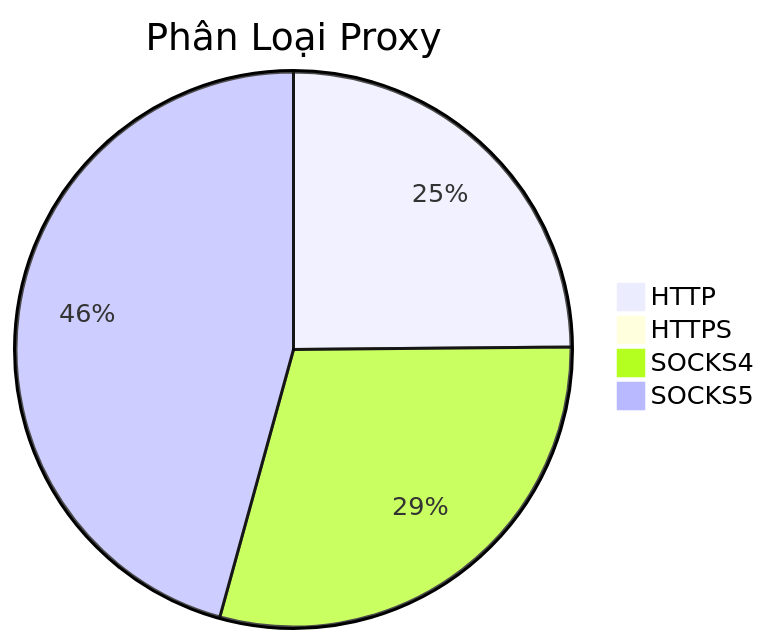
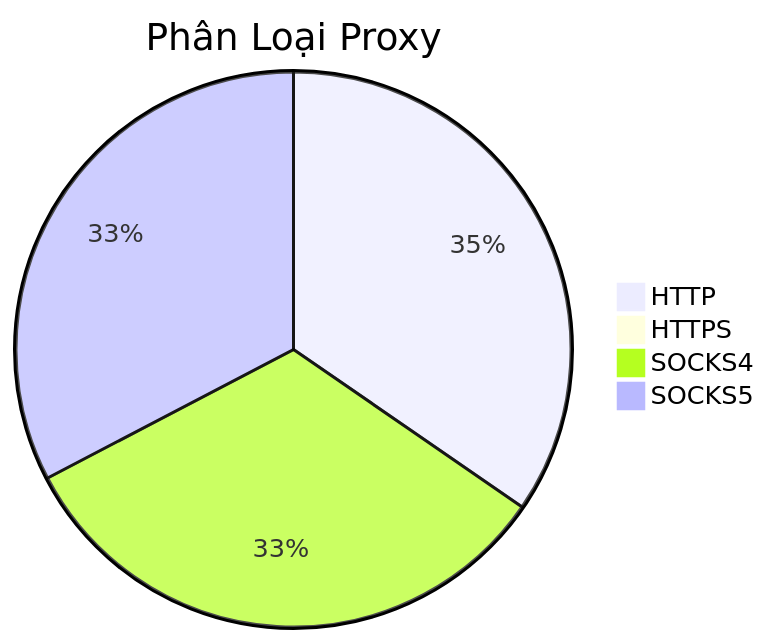
One commit to Ciara-12/PROXY-free changed the diagram in README.md. Above: the diagram before and after it, drawn with Mermaid. The commit also changed other lines of this file and 3 other files, not shown here.

````diff
--- a/README.md
+++ b/README.md
@@ -26,7 +26,7 @@
 ```mermaid
 pie title Phân Loại Proxy
-    "HTTP" : 398
+    "HTTP" : 483
     "HTTPS" : 0
-    "SOCKS4" : 471
-    "SOCKS5" : 732
+    "SOCKS4" : 457
+    "SOCKS5" : 456
 ```
````
